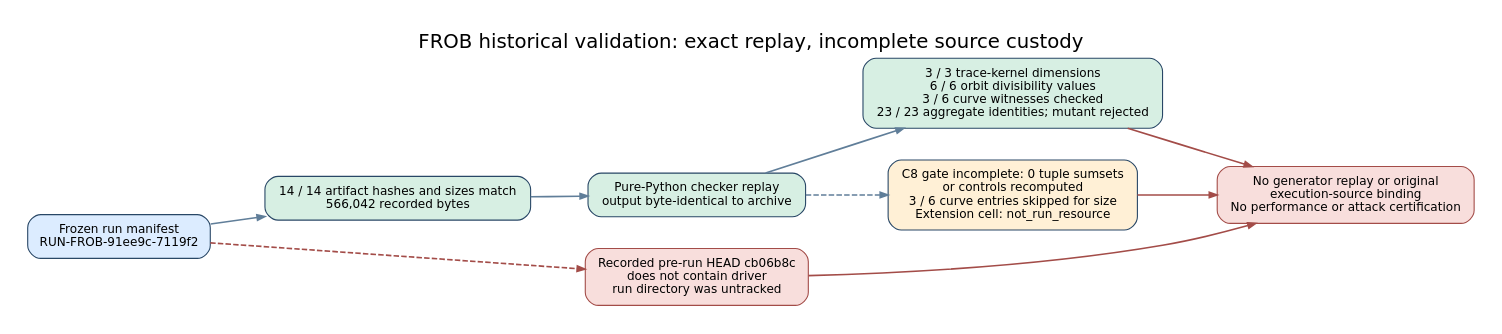
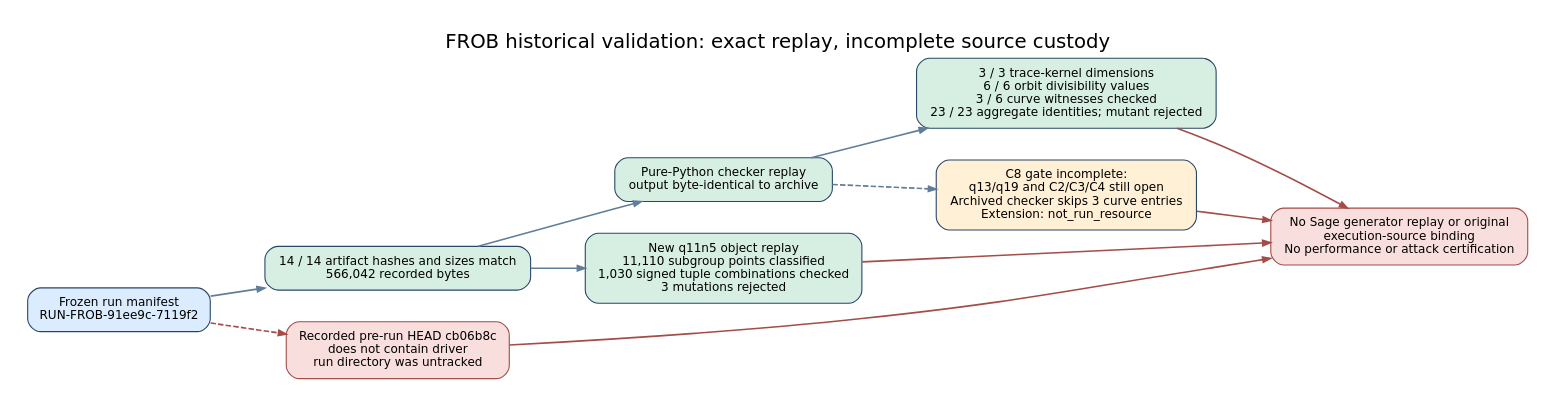
The diagram in docs/reports/2026-10-22-frob-provenance-audit/audit.dot (aburan28/crypto-autoresearcher), drawn with Graphviz before and after one commit. The commit also changed 10 other files, not shown here.

Commit message:
replay FROB split object arms with independent point checks

```diff
--- a/docs/reports/2026-10-22-frob-provenance-audit/audit.dot
+++ b/docs/reports/2026-10-22-frob-provenance-audit/audit.dot
@@ -1,18 +1,20 @@
 digraph frob_audit {
   graph [rankdir=LR, bgcolor="white", pad="0.25", nodesep="0.4", ranksep="0.7", fontname="DejaVu Sans", fontsize=18, label="FROB historical validation: exact replay, incomplete source custody", labelloc=t];
   node [shape=box, style="rounded,filled", color="#284766", fillcolor="#e7f1fb", fontname="DejaVu Sans", fontsize=11, margin="0.16,0.11"];
   edge [color="#607e99", penwidth=1.5, arrowsize=0.7];
 
   manifest [label="Frozen run manifest\nRUN-FROB-91ee9c-7119f2", fillcolor="#dcecff"];
   artifacts [label="14 / 14 artifact hashes and sizes match\n566,042 recorded bytes", fillcolor="#d7efe3"];
   checker [label="Pure-Python checker replay\noutput byte-identical to archive", fillcolor="#d7efe3"];
   checked [label="3 / 3 trace-kernel dimensions\n6 / 6 orbit divisibility values\n3 / 6 curve witnesses checked\n23 / 23 aggregate identities; mutant rejected", fillcolor="#d7efe3"];
-  partial [label="C8 gate incomplete: 0 tuple sumsets\nor controls recomputed\n3 / 6 curve entries skipped for size\nExtension cell: not_run_resource", fillcolor="#fff0d6"];
+  split [label="New q11n5 object replay\n11,110 subgroup points classified\n1,030 signed tuple combinations checked\n3 mutations rejected", fillcolor="#d7efe3"];
+  partial [label="C8 gate incomplete:\nq13/q19 and C2/C3/C4 still open\nArchived checker skips 3 curve entries\nExtension: not_run_resource", fillcolor="#fff0d6"];
   source [label="Recorded pre-run HEAD cb06b8c\ndoes not contain driver\nrun directory was untracked", fillcolor="#f8dedc", color="#a34c48"];
-  boundary [label="No generator replay or original\nexecution-source binding\nNo performance or attack certification", fillcolor="#f8dedc", color="#a34c48"];
+  boundary [label="No Sage generator replay or original\nexecution-source binding\nNo performance or attack certification", fillcolor="#f8dedc", color="#a34c48"];
 
   manifest -> artifacts -> checker -> checked;
+  artifacts -> split;
   checker -> partial [style=dashed];
   manifest -> source [style=dashed, color="#a34c48"];
-  {checked partial source} -> boundary [color="#a34c48"];
+  {checked split partial source} -> boundary [color="#a34c48"];
 }
```
